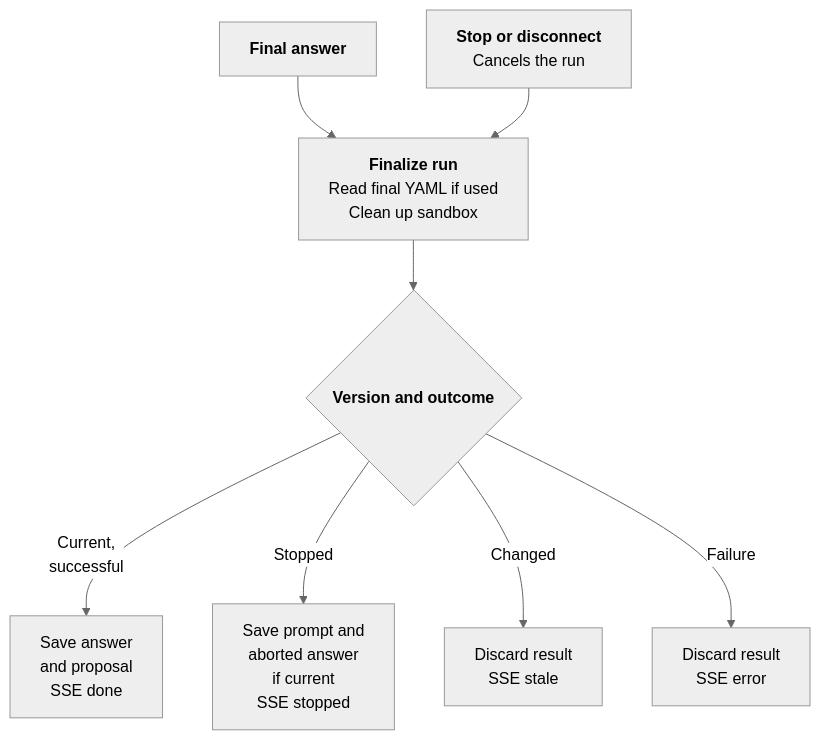
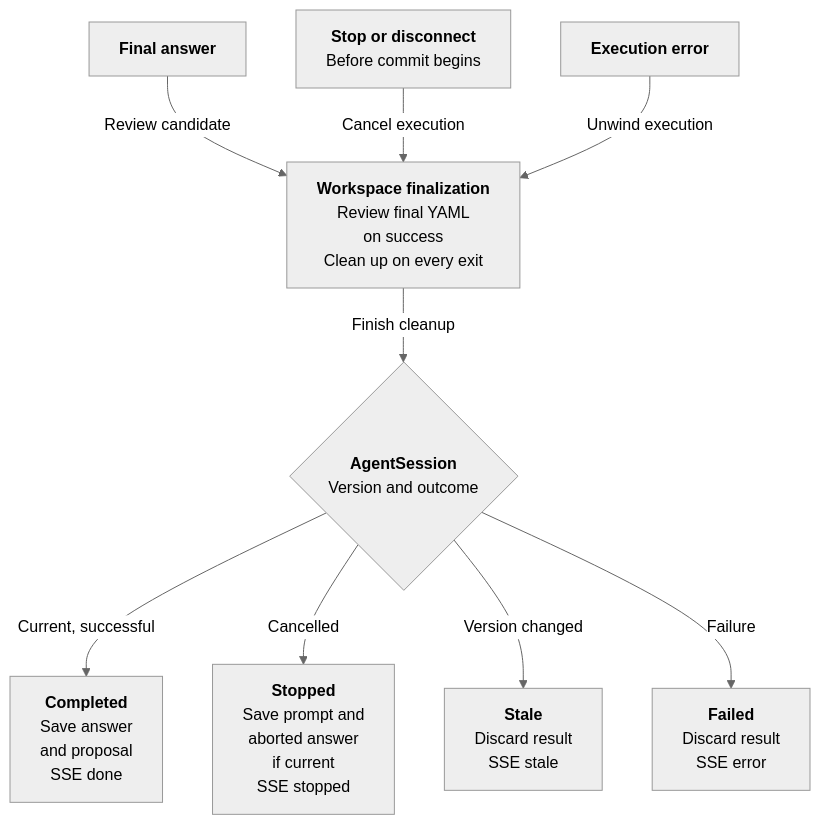
The fifth of 14 diagrams in docs/content/developer-guide/ai-assistant.md (j3soon/nurse-scheduling), drawn with Mermaid (neutral theme) before and after one commit. The commit also changed other lines of this file and 1 other file, not shown here.

First line of the commit message:
docs(ai): clarify runtime flow and diagram relationships

````diff
--- a/docs/content/developer-guide/ai-assistant.md
+++ b/docs/content/developer-guide/ai-assistant.md
@@ -273,12 +202,22 @@
 ```mermaid
 flowchart TB
-    Answer[<b>Final answer</b>] --> Cleanup
-    Stop[<b>Stop or disconnect</b><br/>Cancels the run] --> Cleanup
-    Cleanup[<b>Finalize run</b><br/>Read final YAML if used<br/>Clean up sandbox]
-    Cleanup --> Check{<b>Version and outcome</b>}
-    Check -->|Current,<br/>successful| Done[Save answer<br/>and proposal<br/>SSE done]
-    Check -->|Stopped| Stopped[Save prompt and<br/>aborted answer<br/>if current<br/>SSE stopped]
-    Check -->|Changed| Stale[Discard result<br/>SSE stale]
-    Check -->|Failure| Error[Discard result<br/>SSE error]
+    Answer[<b>Final answer</b>]
+    Stop[<b>Stop or disconnect</b><br/>Before commit begins]
+    Failure[<b>Execution error</b>]
+    Cleanup[<b>Workspace finalization</b><br/>Review final YAML<br/>on success<br/>Clean up on every exit]
+    Check{<b>AgentSession</b><br/>Version and outcome}
+    Done[<b>Completed</b><br/>Save answer<br/>and proposal<br/>SSE done]
+    Stopped[<b>Stopped</b><br/>Save prompt and<br/>aborted answer<br/>if current<br/>SSE stopped]
+    Stale[<b>Stale</b><br/>Discard result<br/>SSE stale]
+    Error[<b>Failed</b><br/>Discard result<br/>SSE error]
+
+    Answer -->|Review candidate| Cleanup
+    Stop -->|Cancel execution| Cleanup
+    Failure -->|Unwind execution| Cleanup
+    Cleanup -->|Finish cleanup| Check
+    Check -->|Current, successful| Done
+    Check -->|Cancelled| Stopped
+    Check -->|Version changed| Stale
+    Check -->|Failure| Error
 
 ```
````
